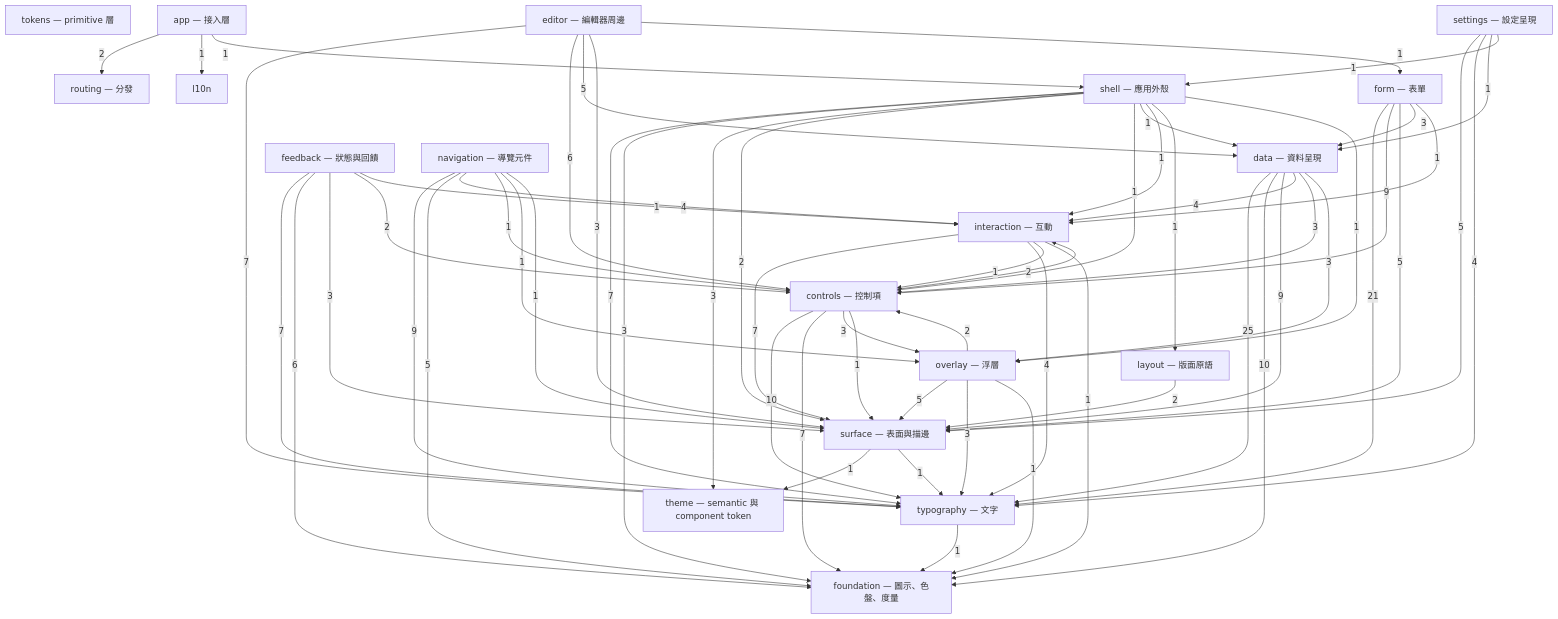
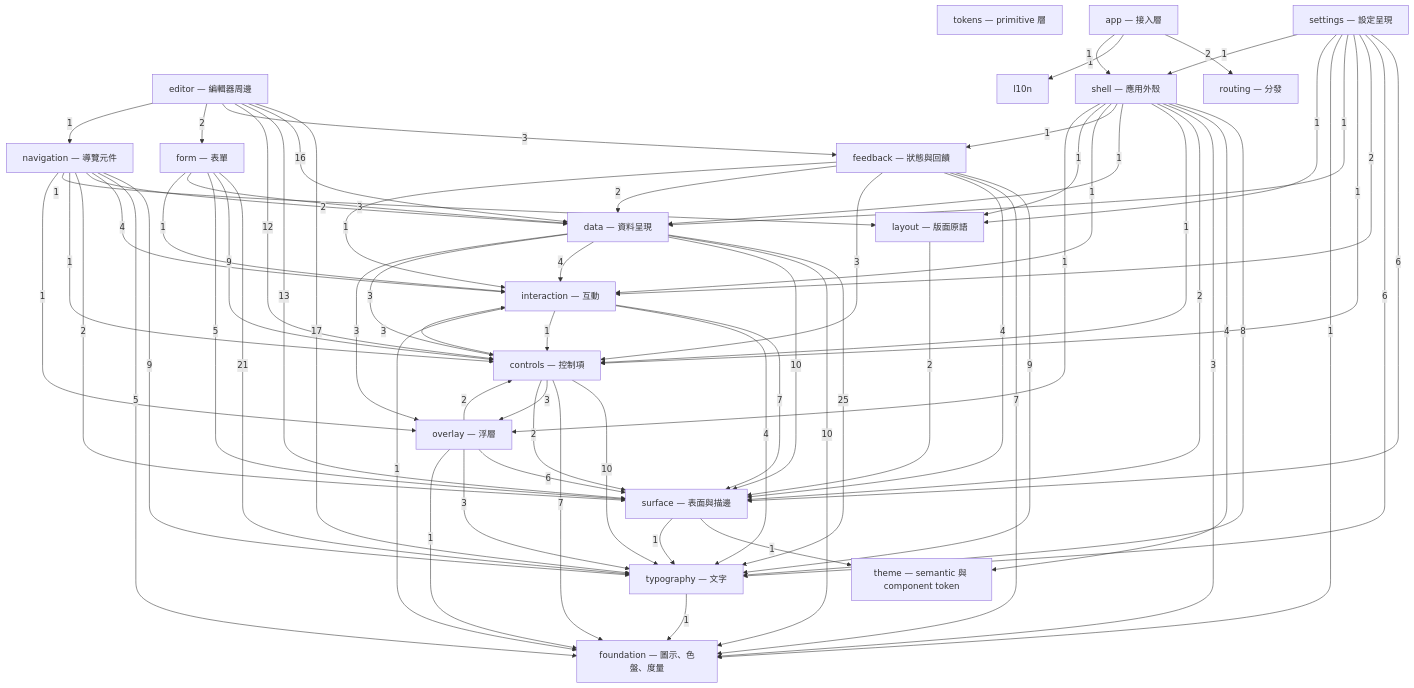
Before and after one commit to MiuDog/Kallopis: the first of 18 diagrams in spec/component-inventory.md, drawn with Mermaid. The commit also changed other lines of this file and 266 other files, not shown here.

```diff
--- a/spec/component-inventory.md
+++ b/spec/component-inventory.md
@@ -37,58 +37,68 @@
   app["app — 接入層"]
   data -->|25| typography
   form -->|21| typography
+  editor -->|17| typography
+  editor -->|16| data
+  editor -->|13| surface
+  editor -->|12| controls
   controls -->|10| typography
   data -->|10| foundation
-  data -->|9| surface
+  data -->|10| surface
+  feedback -->|9| typography
   form -->|9| controls
   navigation -->|9| typography
+  shell -->|8| typography
   controls -->|7| foundation
-  editor -->|7| typography
-  feedback -->|7| typography
+  feedback -->|7| foundation
   interaction -->|7| surface
-  shell -->|7| typography
-  editor -->|6| controls
-  feedback -->|6| foundation
-  editor -->|5| data
+  overlay -->|6| surface
+  settings -->|6| surface
+  settings -->|6| typography
   form -->|5| surface
   navigation -->|5| foundation
-  overlay -->|5| surface
-  settings -->|5| surface
   data -->|4| interaction
+  feedback -->|4| surface
   interaction -->|4| typography
   navigation -->|4| interaction
-  settings -->|4| typography
+  shell -->|4| theme
+  controls -->|3| interaction
   controls -->|3| overlay
   data -->|3| controls
   data -->|3| overlay
-  editor -->|3| surface
-  feedback -->|3| surface
+  editor -->|3| feedback
+  feedback -->|3| controls
   form -->|3| data
   overlay -->|3| typography
   shell -->|3| foundation
-  shell -->|3| theme
   app -->|2| routing
-  controls -->|2| interaction
-  feedback -->|2| controls
+  controls -->|2| surface
+  editor -->|2| form
+  feedback -->|2| data
   layout -->|2| surface
+  navigation -->|2| data
+  navigation -->|2| surface
   overlay -->|2| controls
+  settings -->|2| interaction
   shell -->|2| surface
   app -->|1| l10n
   app -->|1| shell
-  controls -->|1| surface
-  editor -->|1| form
+  editor -->|1| navigation
   feedback -->|1| interaction
   form -->|1| interaction
   interaction -->|1| controls
   interaction -->|1| foundation
   navigation -->|1| controls
+  navigation -->|1| layout
   navigation -->|1| overlay
-  navigation -->|1| surface
   overlay -->|1| foundation
+  settings -->|1| controls
   settings -->|1| data
+  settings -->|1| foundation
+  settings -->|1| layout
   settings -->|1| shell
   shell -->|1| controls
   shell -->|1| data
+  shell -->|1| feedback
   shell -->|1| interaction
   shell -->|1| layout
   shell -->|1| overlay
```
